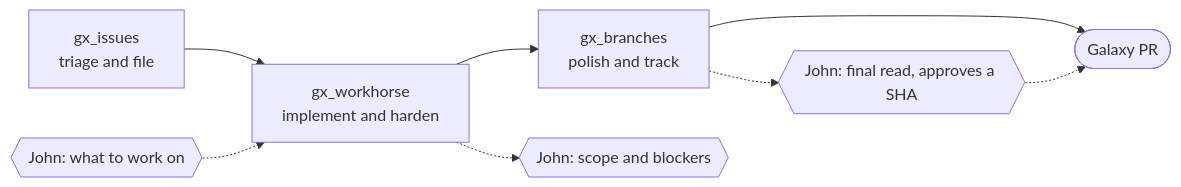
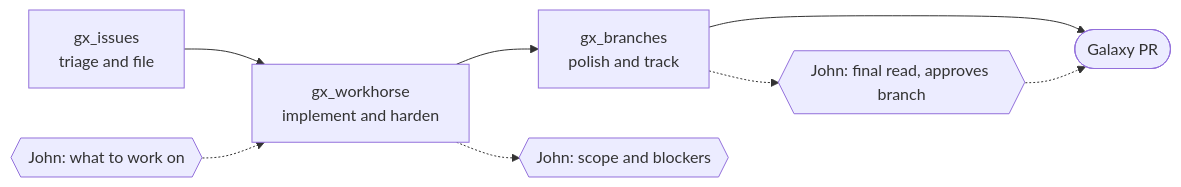
One commit to jmchilton/galaxy-brain changed the first of 4 diagrams in vault/agents/factory/BRANCH_FACTORY.md. Above: the diagram before and after it, drawn with Mermaid. The commit also changed other lines of this file and 10 other files, not shown here.

````diff
--- a/vault/agents/factory/BRANCH_FACTORY.md
+++ b/vault/agents/factory/BRANCH_FACTORY.md
@@ -9,10 +9,10 @@
 ```mermaid
 flowchart LR
   I["gx_issues<br/>triage and file"] --> W["gx_workhorse<br/>implement and harden"]
   W --> B["gx_branches<br/>polish and track"]
   B --> PR(["Galaxy PR"])
   J1{{"John: what to work on"}} -.-> W
   W -.-> J2{{"John: scope and blockers"}}
-  B -.-> J3{{"John: final read, approves a SHA"}}
+  B -.-> J3{{"John: final read, approves branch"}}
   J3 -.-> PR
 ```
````
